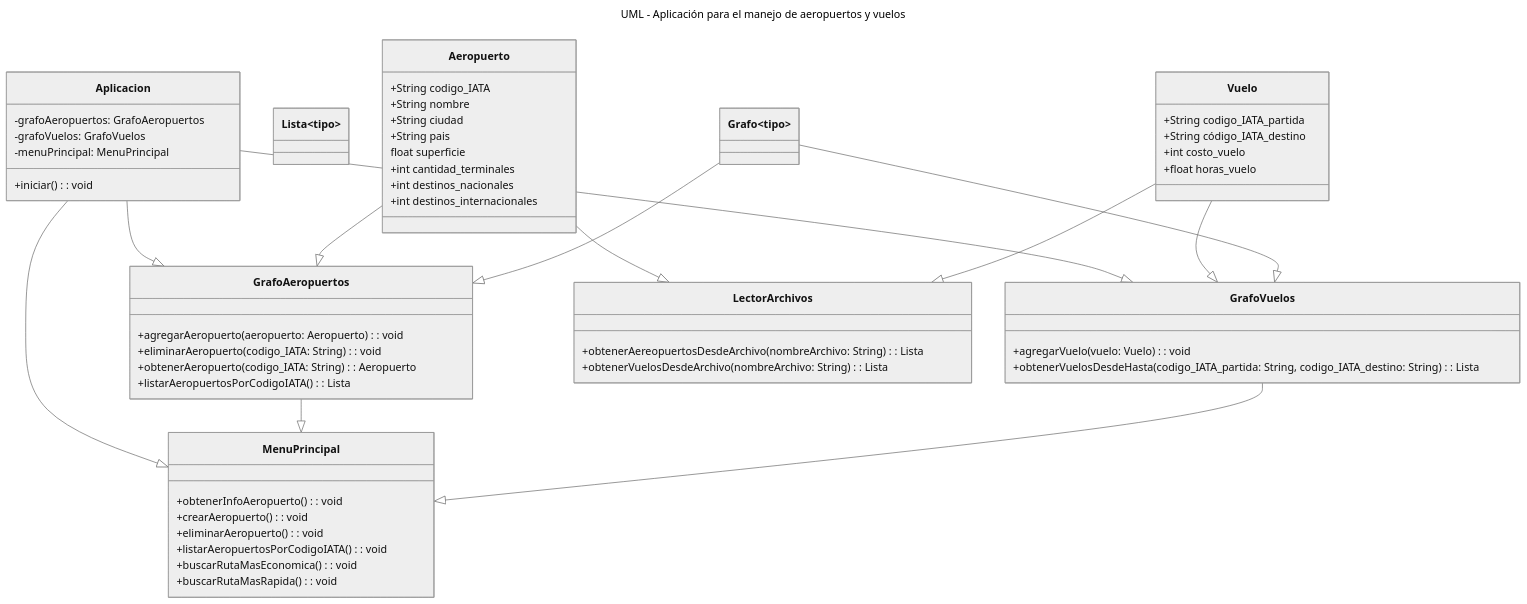
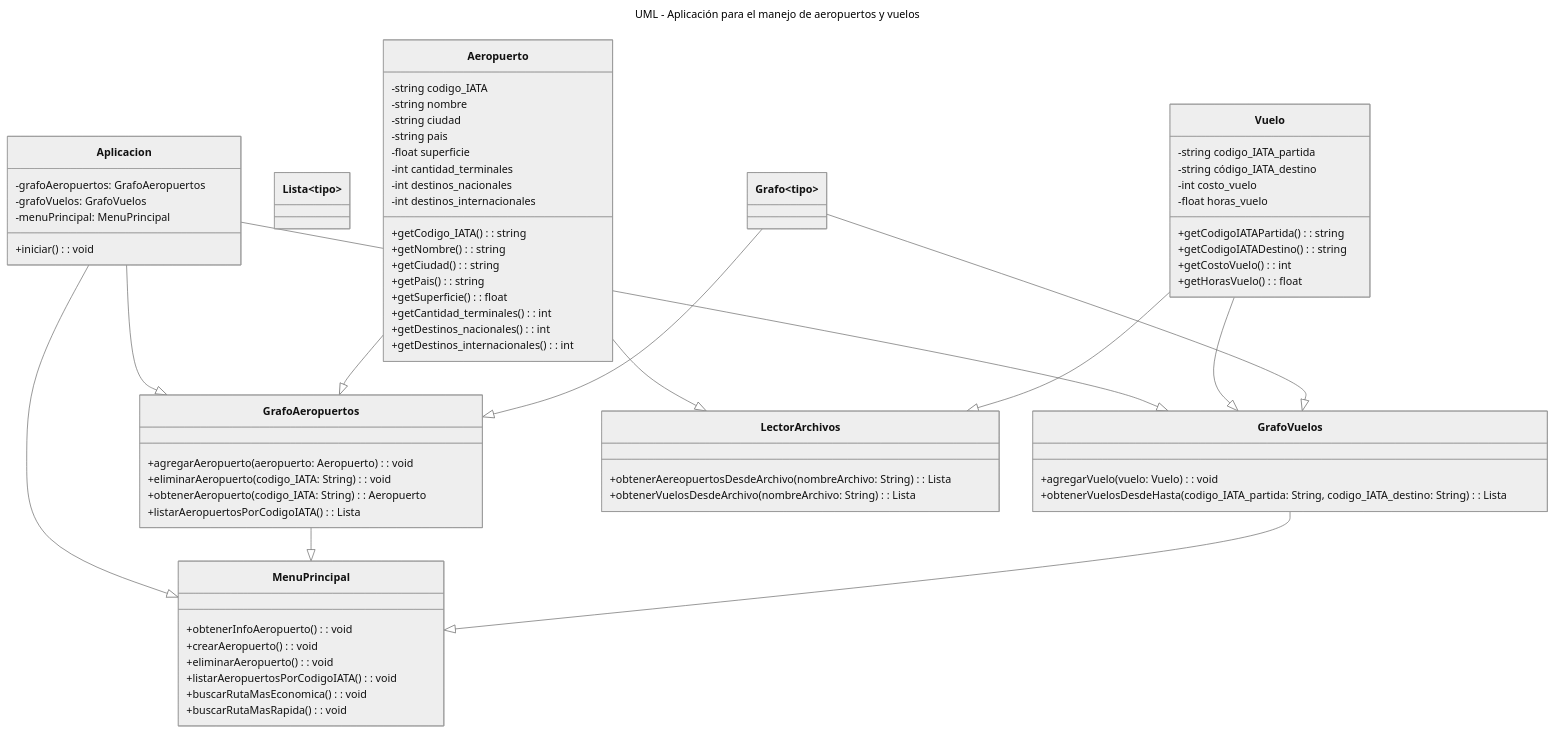
One commit to Algoritmos-2023c2-Grupo1/tp-final changed the diagram in README.md. Above: the diagram before and after it, drawn with Mermaid (neutral theme). The commit also changed 1 other file, not shown here.

Commit message:
Add getters

```diff
--- a/README.md
+++ b/README.md
@@ -108,21 +108,33 @@
     }
 
     class Aeropuerto {
-        +String codigo_IATA 
-        +String nombre 
-        +String ciudad 
-        +String pais 
-        float superficie 
-        +int cantidad_terminales 
-        +int destinos_nacionales 
-        +int destinos_internacionales
+        -string codigo_IATA 
+        -string nombre 
+        -string ciudad 
+        -string pais 
+        -float superficie 
+        -int cantidad_terminales 
+        -int destinos_nacionales 
+        -int destinos_internacionales
+        +getCodigo_IATA(): string
+        +getNombre(): string
+        +getCiudad(): string
+        +getPais(): string
+        +getSuperficie(): float
+        +getCantidad_terminales(): int
+        +getDestinos_nacionales(): int
+        +getDestinos_internacionales(): int
     }
 
     class Vuelo {
-        +String codigo_IATA_partida 
-        +String código_IATA_destino 
-        +int costo_vuelo 
-        +float horas_vuelo
+        -string codigo_IATA_partida 
+        -string código_IATA_destino 
+        -int costo_vuelo 
+        -float horas_vuelo
+        +getCodigoIATAPartida() : string 
+        +getCodigoIATADestino() : string 
+        +getCostoVuelo() : int 
+        +getHorasVuelo() : float
     }
     
     class GrafoAeropuertos {
```
